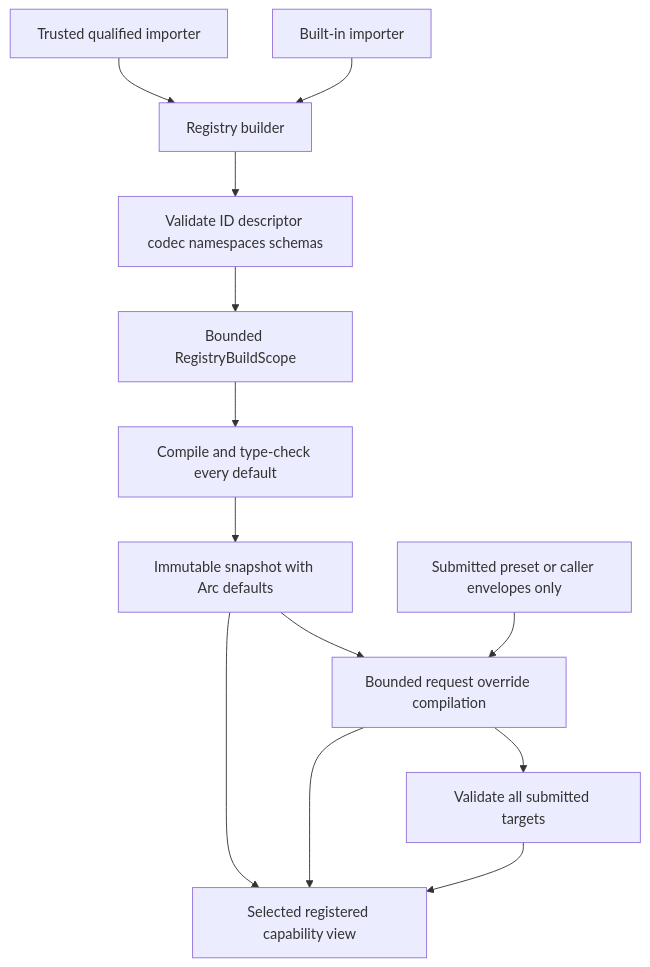
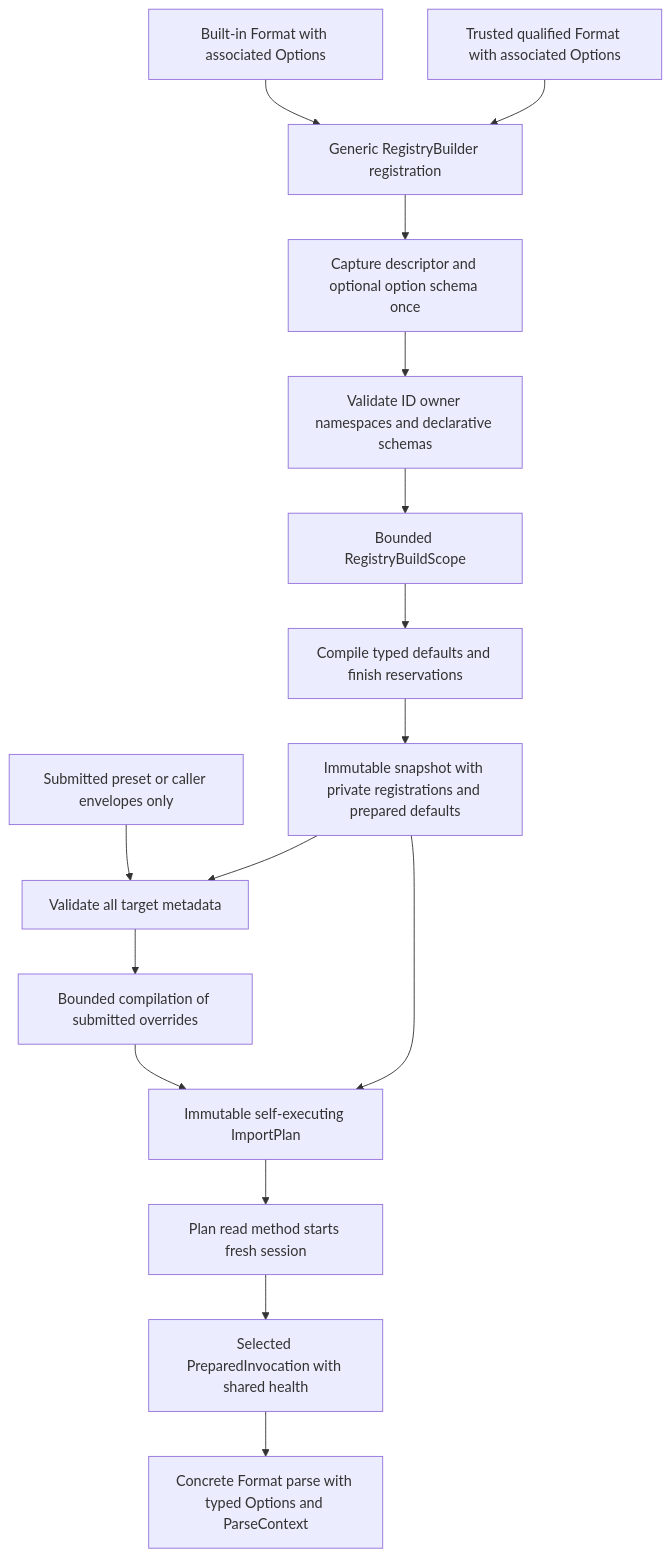
One commit to Latias94/baozi changed the diagram in docs/adr/0021-extension-registry-and-format-descriptor-governance.md. Above: the diagram before and after it, drawn with Mermaid. The commit also changed other lines of this file and 202 other files, not shown here.

First line of the commit message:
refactor(import)!: execute typed formats through borrowed contexts

````diff
--- a/docs/adr/0021-extension-registry-and-format-descriptor-governance.md
+++ b/docs/adr/0021-extension-registry-and-format-descriptor-governance.md
@@ -289,15 +318,18 @@
 ```mermaid
 flowchart TB
-    Builtin[Built-in importer] --> Builder[Registry builder]
-    Extension[Trusted qualified importer] --> Builder
-    Builder --> Validate[Validate ID descriptor codec namespaces schemas]
-    Validate --> BuildScope[Bounded RegistryBuildScope]
-    BuildScope --> DefaultCompile[Compile and type-check every default]
-    DefaultCompile --> Snapshot[Immutable snapshot with Arc defaults]
-    Submitted[Submitted preset or caller envelopes only] --> Compile[Bounded request override compilation]
-    Snapshot --> Compile
-    Compile --> Admission[Validate all submitted targets]
-    Admission --> Selected[Selected registered capability view]
-    Snapshot --> Selected
-    Compile --> Selected
+    Builtin[Built-in Format with associated Options] --> Builder[Generic RegistryBuilder registration]
+    Extension[Trusted qualified Format with associated Options] --> Builder
+    Builder --> Validate[Capture descriptor and optional option schema once]
+    Validate --> Claims[Validate ID owner namespaces and declarative schemas]
+    Claims --> BuildScope[Bounded RegistryBuildScope]
+    BuildScope --> DefaultCompile[Compile typed defaults and finish reservations]
+    DefaultCompile --> Snapshot[Immutable snapshot with private registrations and prepared defaults]
+    Submitted[Submitted preset or caller envelopes only] --> Admission[Validate all target metadata]
+    Snapshot --> Admission
+    Admission --> Compile[Bounded compilation of submitted overrides]
+    Compile --> Plan[Immutable self-executing ImportPlan]
+    Snapshot --> Plan
+    Plan --> Read[Plan read method starts fresh session]
+    Read --> Selected[Selected PreparedInvocation with shared health]
+    Selected --> Parse[Concrete Format parse with typed Options and ParseContext]
 ```
````
